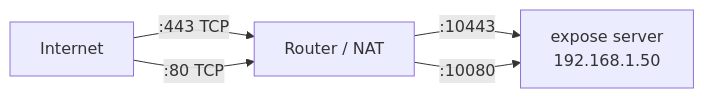
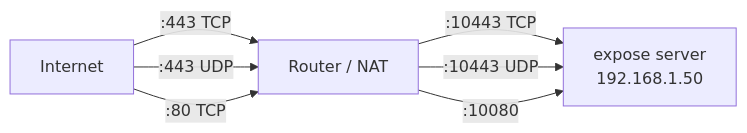
One commit to koltyakov/expose changed the diagram in docs/port-forwarding.md. Above: the diagram before and after it, drawn with Mermaid. The commit also changed other lines of this file and 8 other files, not shown here.

````diff
--- a/docs/port-forwarding.md
+++ b/docs/port-forwarding.md
@@ -12,7 +13,9 @@
 ```mermaid
 flowchart LR
     Internet["Internet"] -- ":443 TCP" --> Router["Router / NAT"]
+    Internet -- ":443 UDP" --> Router
     Internet -- ":80 TCP" --> Router
-    Router -- ":10443" --> Server["expose server<br/>192.168.1.50"]
+    Router -- ":10443 TCP" --> Server["expose server<br/>192.168.1.50"]
+    Router -- ":10443 UDP" --> Server
     Router -- ":10080" --> Server
 ```
````
